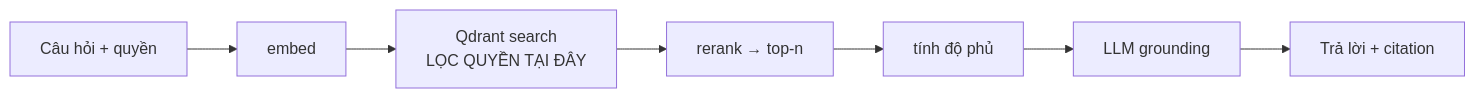
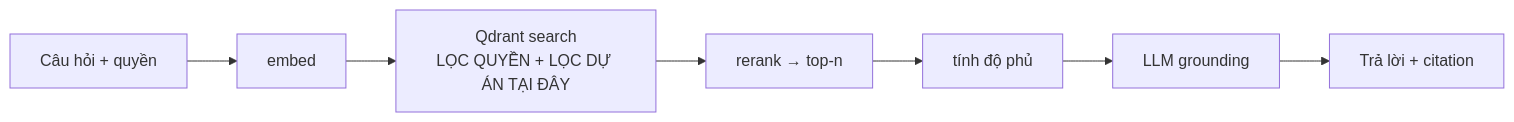
One commit to DQHuyyyyy/Sale_mate changed the fourth of 5 diagrams in docs/architecture_diagram.md. Above: the diagram before and after it, drawn with Mermaid. The commit also changed other lines of this file and 4 other files, not shown here.

````diff
--- a/docs/architecture_diagram.md
+++ b/docs/architecture_diagram.md
@@ -84,9 +120,9 @@
 ```mermaid
 graph LR
     Q["Câu hỏi + quyền"] --> Emb["embed"]
-    Emb --> Search["Qdrant search<br/>LỌC QUYỀN TẠI ĐÂY"]
+    Emb --> Search["Qdrant search<br/>LỌC QUYỀN + LỌC DỰ ÁN TẠI ĐÂY"]
     Search --> Rank["rerank → top-n"]
     Rank --> Cov["tính độ phủ"]
     Cov --> LLM["LLM grounding"]
     LLM --> Out["Trả lời + citation"]
 ```
````
